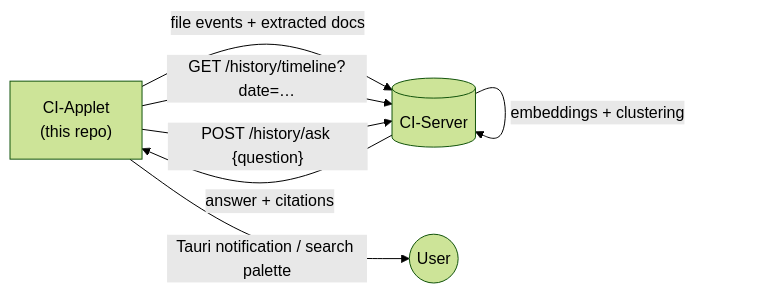
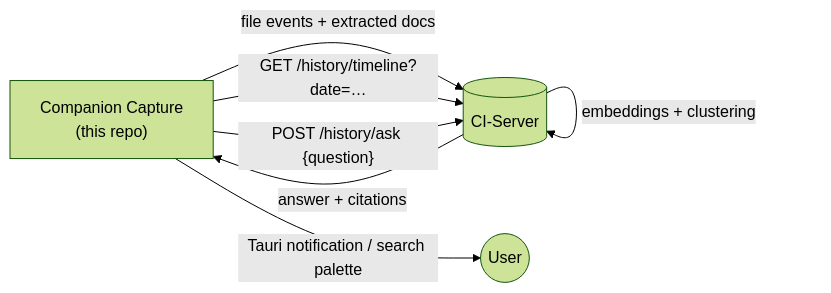
The diagram in docs/plan/05-intelligence.md (companionintelligence/CI-Capture), drawn with Mermaid (forest theme) before and after one commit. The commit also changed other lines of this file and 21 other files, not shown here.

````diff
--- a/docs/plan/05-intelligence.md
+++ b/docs/plan/05-intelligence.md
@@ -42,9 +42,9 @@
 ```mermaid
 flowchart LR
-    Applet["CI-Applet<br/>(this repo)"] -- "file events + extracted docs" --> Server[("CI-Server")]
+    Applet["Companion Capture<br/>(this repo)"] -- "file events + extracted docs" --> Server[("CI-Server")]
     Server -- "embeddings + clustering" --> Server
     Applet -- "GET /history/timeline?date=…" --> Server
     Applet -- "POST /history/ask {question}" --> Server
     Server -- "answer + citations" --> Applet
     Applet -- "Tauri notification / search palette" --> User((User))
 ```
````
